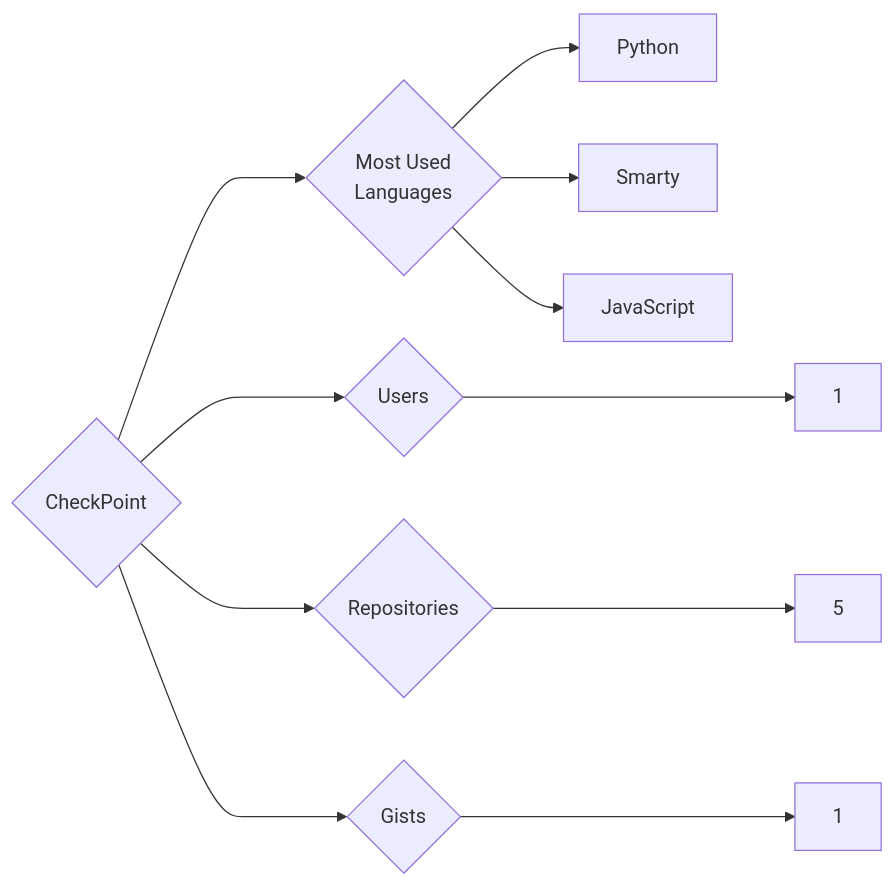
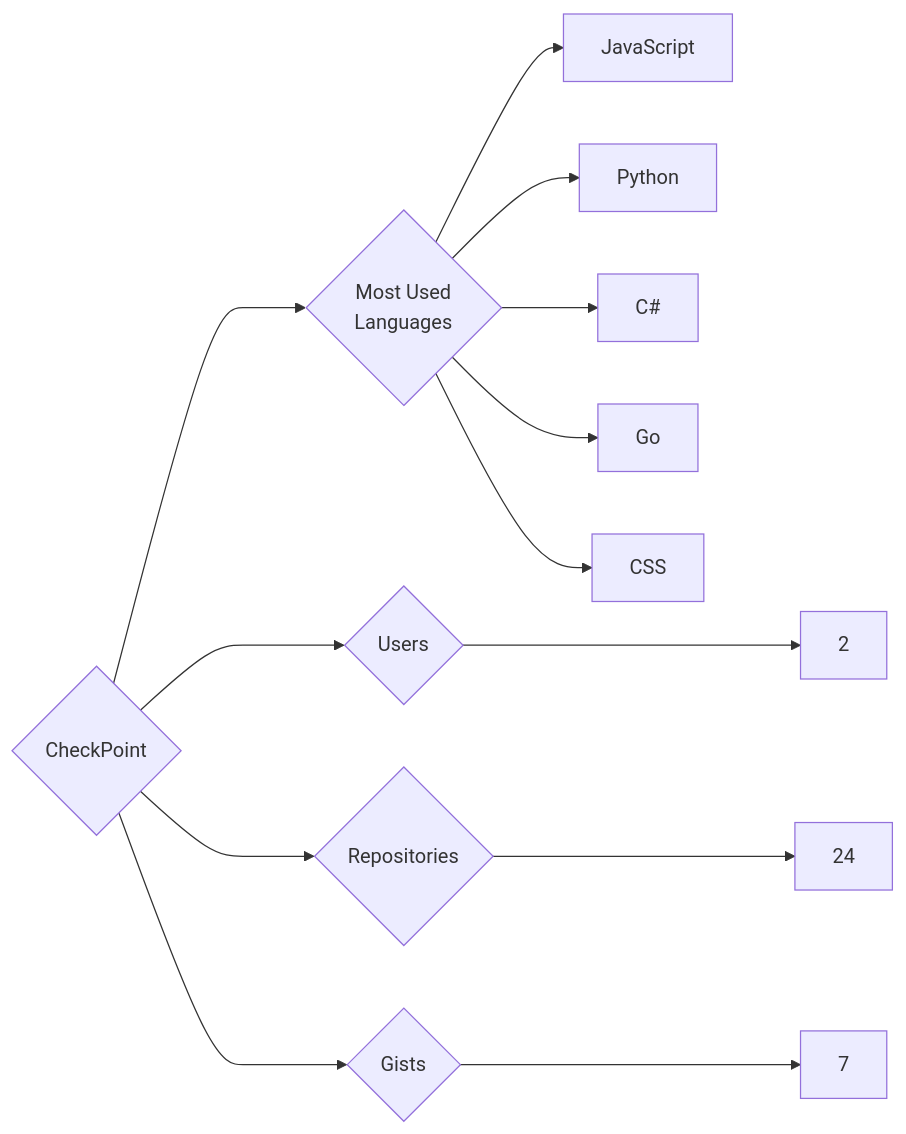
Before and after one commit to trickest/insiders: the diagram in targets/CheckPoint/README.md, drawn with Mermaid. The commit also changed 745 other files, not shown here.

````diff
--- a/targets/CheckPoint/README.md
+++ b/targets/CheckPoint/README.md
@@ -3,11 +3,13 @@
 ```mermaid
 graph LR
 COMPANY_NAME{CheckPoint}
-COMPANY_NAME ---> U{Users} ---> UN[1]
-COMPANY_NAME ---> R{Repositories} ---> RN[5]
-COMPANY_NAME ---> G{Gists} ---> GN[1]
+COMPANY_NAME ---> U{Users} ---> UN[2]
+COMPANY_NAME ---> R{Repositories} ---> RN[24]
+COMPANY_NAME ---> G{Gists} ---> GN[7]
 COMPANY_NAME ---> ML{Most Used<br>Languages}
+ML --> JavaScript[JavaScript]
 ML --> Python[Python]
-ML --> Smarty[Smarty]
-ML --> JavaScript[JavaScript]
+ML --> C#[C#]
+ML --> Go[Go]
+ML --> CSS[CSS]
 ```
````
